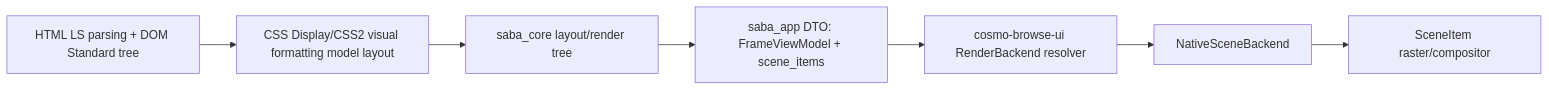
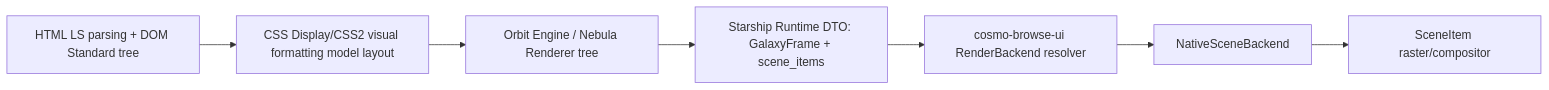
One commit to pkaiy81/CosmoBrowse changed the first of 3 diagrams in docs/architecture/render-pipeline.md. Above: the diagram before and after it, drawn with Mermaid. The commit also changed other lines of this file and 56 other files, not shown here.

Commit message:
Migrate runtime/core naming to cosmic crates and add saba_ lint

````diff
--- a/docs/architecture/render-pipeline.md
+++ b/docs/architecture/render-pipeline.md
@@ -5,9 +5,9 @@
 ```mermaid
 flowchart LR
   A["HTML LS parsing + DOM Standard tree"] --> B["CSS Display/CSS2 visual formatting model layout"]
-  B --> C["saba_core layout/render tree"]
-  C --> D["saba_app DTO: FrameViewModel + scene_items"]
+  B --> C["Orbit Engine / Nebula Renderer tree"]
+  C --> D["Starship Runtime DTO: GalaxyFrame + scene_items"]
   D --> E["cosmo-browse-ui RenderBackend resolver"]
   E --> F["NativeSceneBackend"]
   F --> G["SceneItem raster/compositor"]
 ```
````
